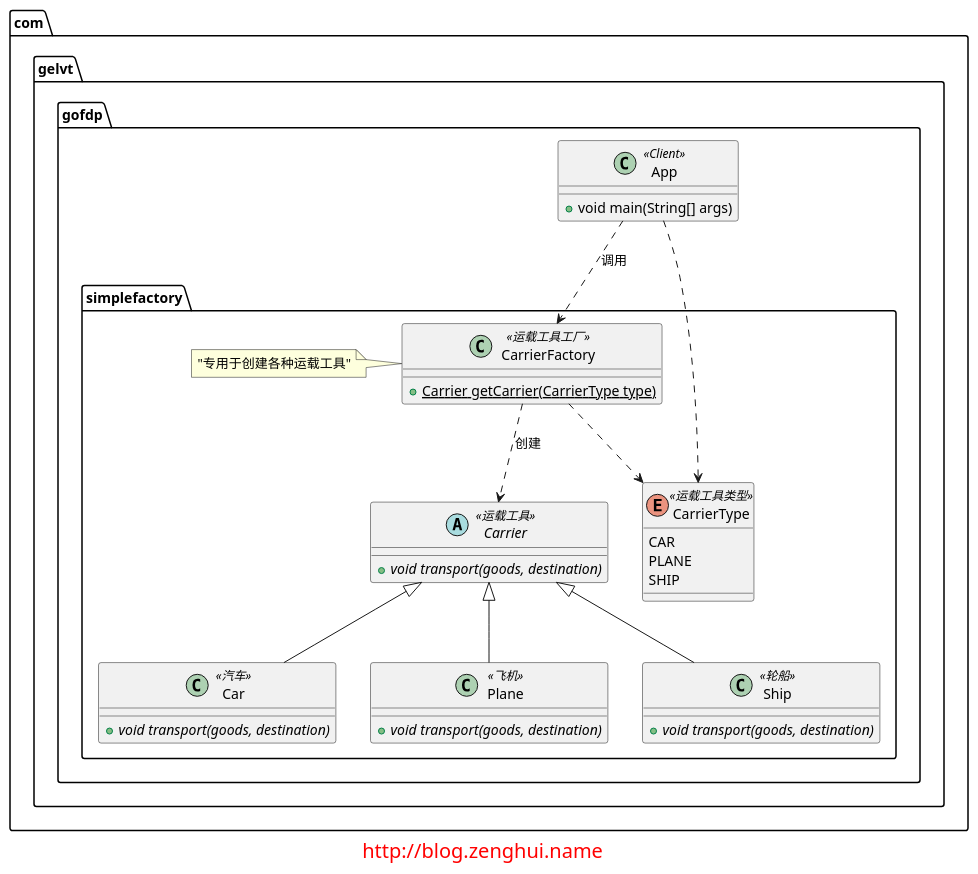
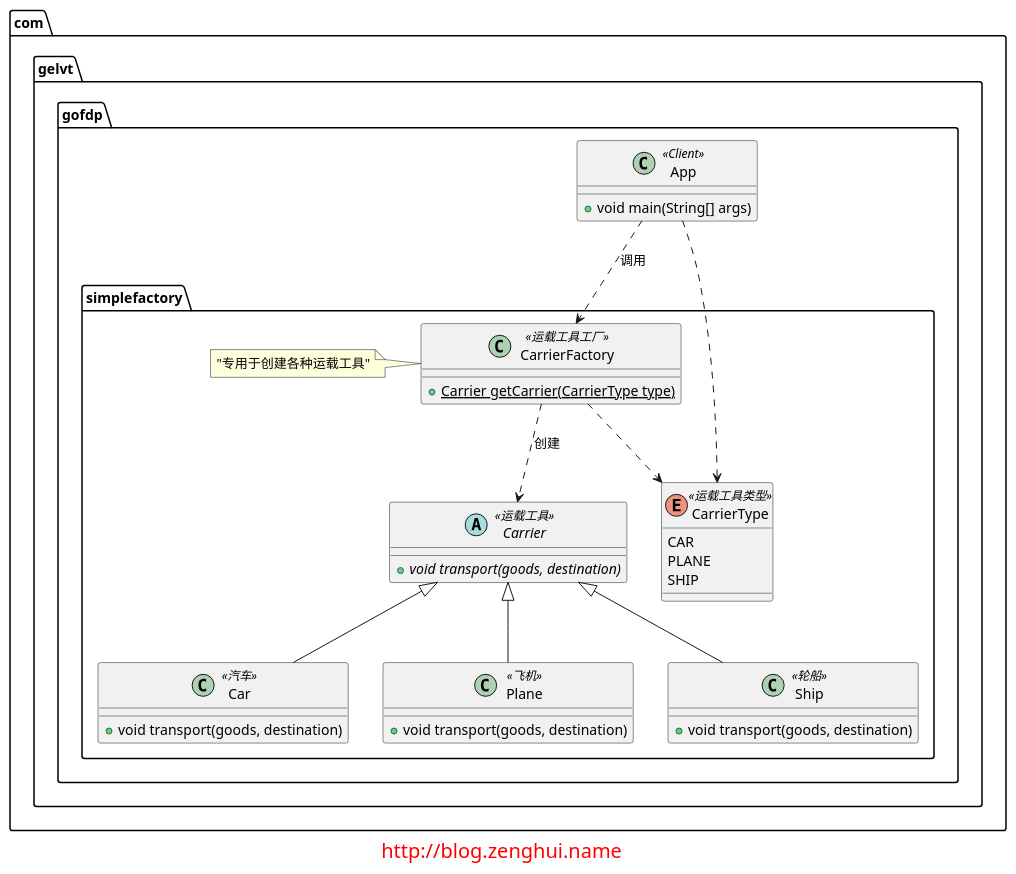
The diagram in simple-factory/diagrams/simple-factory.puml (elvinzeng/java-design-pattern-samples), drawn with PlantUML before and after one commit. The commit also changed 2 other files, not shown here.

Commit message:
增加简单工厂模式的类图

```diff
--- a/simple-factory/diagrams/simple-factory.puml
+++ b/simple-factory/diagrams/simple-factory.puml
@@ -1,51 +1,51 @@
 @startuml
 
 package com.gelvt.gofdp.simplefactory{
 
     abstract class Carrier <<运载工具>>{
         + {abstract} void transport(goods, destination)
     }
 
     class Car <<汽车>> extends Carrier{
-        + {abstract} void transport(goods, destination)
+        + void transport(goods, destination)
     }
 
     class Plane <<飞机>> extends Carrier{
-        + {abstract} void transport(goods, destination)
+        + void transport(goods, destination)
     }
 
     class Ship <<轮船>> extends Carrier{
-        + {abstract} void transport(goods, destination)
+        + void transport(goods, destination)
     }
 
     enum CarrierType <<运载工具类型>> {
         CAR
         PLANE
         SHIP
     }
 
     class CarrierFactory <<运载工具工厂>>{
         + {static} Carrier getCarrier(CarrierType type)
     }
 
     note left of CarrierFactory : "专用于创建各种运载工具"
 
     CarrierFactory ..> Carrier : 创建
 
 }
 
 package com.gelvt.gofdp{
     class App <<Client>>{
         + void main(String[] args)
     }
 }
 
 App ..> CarrierFactory : 调用
 App ..> CarrierType
 CarrierFactory ..> CarrierType
 
 footer
 <font size="20" color="red">http://blog.zenghui.name</font>
 endfooter
 
 @enduml
```
